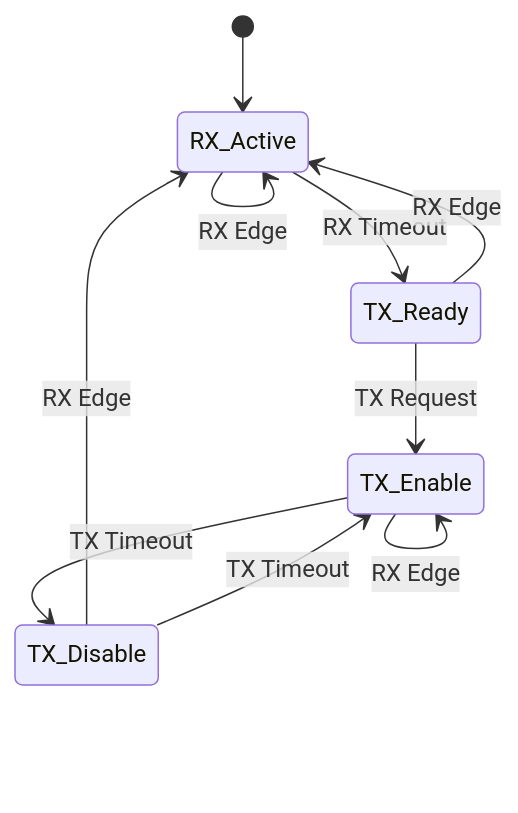
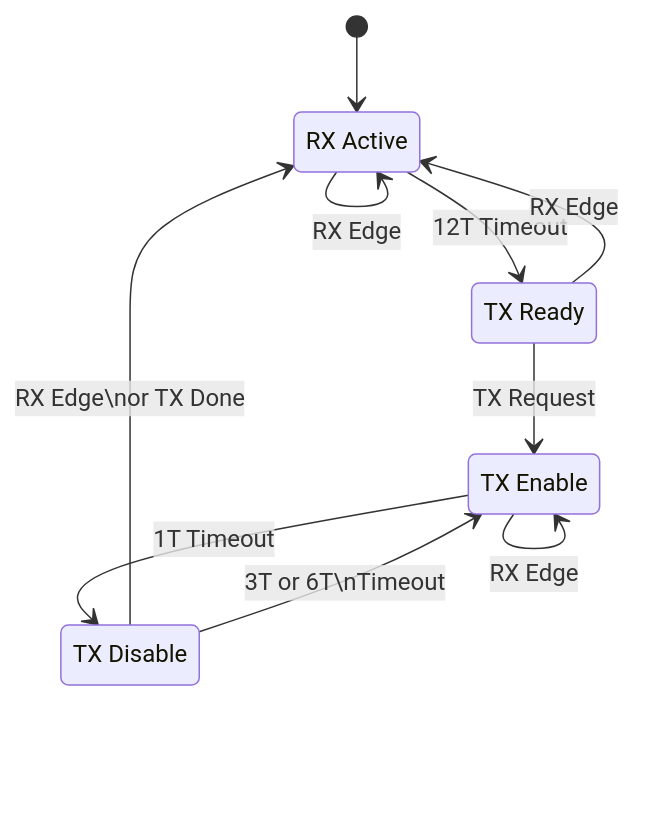
One commit to StrathbogieBrewing/Tinbus changed the diagram in doc/TinBus.md. Above: the diagram before and after it, drawn with Mermaid. The commit also changed 45 other files, not shown here.

````diff
--- a/doc/TinBus.md
+++ b/doc/TinBus.md
@@ -3,13 +3,16 @@
 ```mermaid
 stateDiagram-v2
+    RX_Active: RX Active
+    TX_Ready: TX Ready
+    TX_Enable: TX Enable
+    TX_Disable: TX Disable
     [*] --> RX_Active
     RX_Active --> RX_Active: RX Edge
-    RX_Active --> TX_Ready: RX Timeout
+    RX_Active --> TX_Ready: 12T Timeout
     TX_Ready --> RX_Active: RX Edge
     TX_Ready --> TX_Enable: TX Request
-    TX_Enable --> TX_Disable: TX Timeout
+    TX_Enable --> TX_Disable: 1T Timeout
     TX_Enable --> TX_Enable: RX Edge
-    TX_Disable --> RX_Active: RX Edge
-    TX_Disable --> TX_Enable: TX Timeout
-
+    TX_Disable --> RX_Active: RX Edge\nor TX Done
+    TX_Disable --> TX_Enable: 3T or 6T\nTimeout
 ```
````
